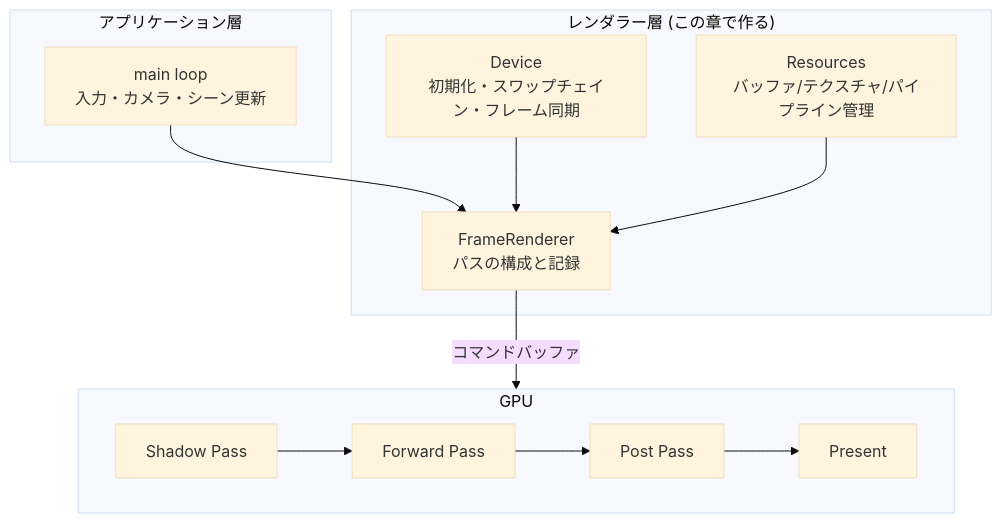
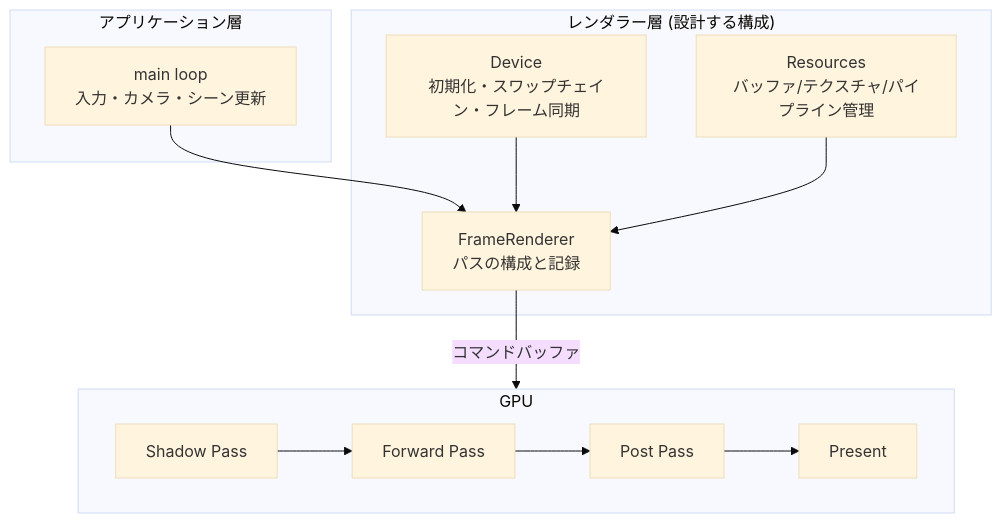
One commit to sny0/sny0.github.io changed the first of 2 diagrams in study/docs/graphics/capstone/01-design.md. Above: the diagram before and after it, drawn with Mermaid (base theme). The commit also changed other lines of this file and 312 other files, not shown here.

````diff
--- a/study/docs/graphics/capstone/01-design.md
+++ b/study/docs/graphics/capstone/01-design.md
@@ -32,18 +38,18 @@
 ```mermaid
 flowchart TB
     subgraph App["アプリケーション層"]
         MAIN["main loop<br/>入力・カメラ・シーン更新"]
     end
-    subgraph Renderer["レンダラー層 (この章で作る)"]
+    subgraph Renderer["レンダラー層 (設計する構成)"]
         DEV["Device<br/>初期化・スワップチェイン・フレーム同期"]
         RES["Resources<br/>バッファ/テクスチャ/パイプライン管理"]
         FRAME["FrameRenderer<br/>パスの構成と記録"]
     end
     subgraph GPU["GPU"]
         SHADOW[Shadow Pass] --> MESH2[Forward Pass] --> POST2[Post Pass] --> PRESENT[Present]
     end
     MAIN --> FRAME
     DEV --> FRAME
     RES --> FRAME
     FRAME -->|コマンドバッファ| GPU
 ```
````
